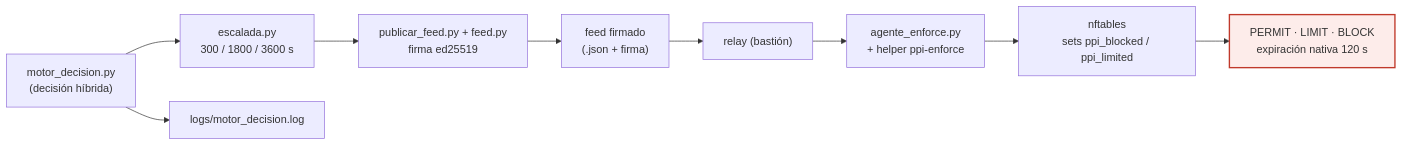
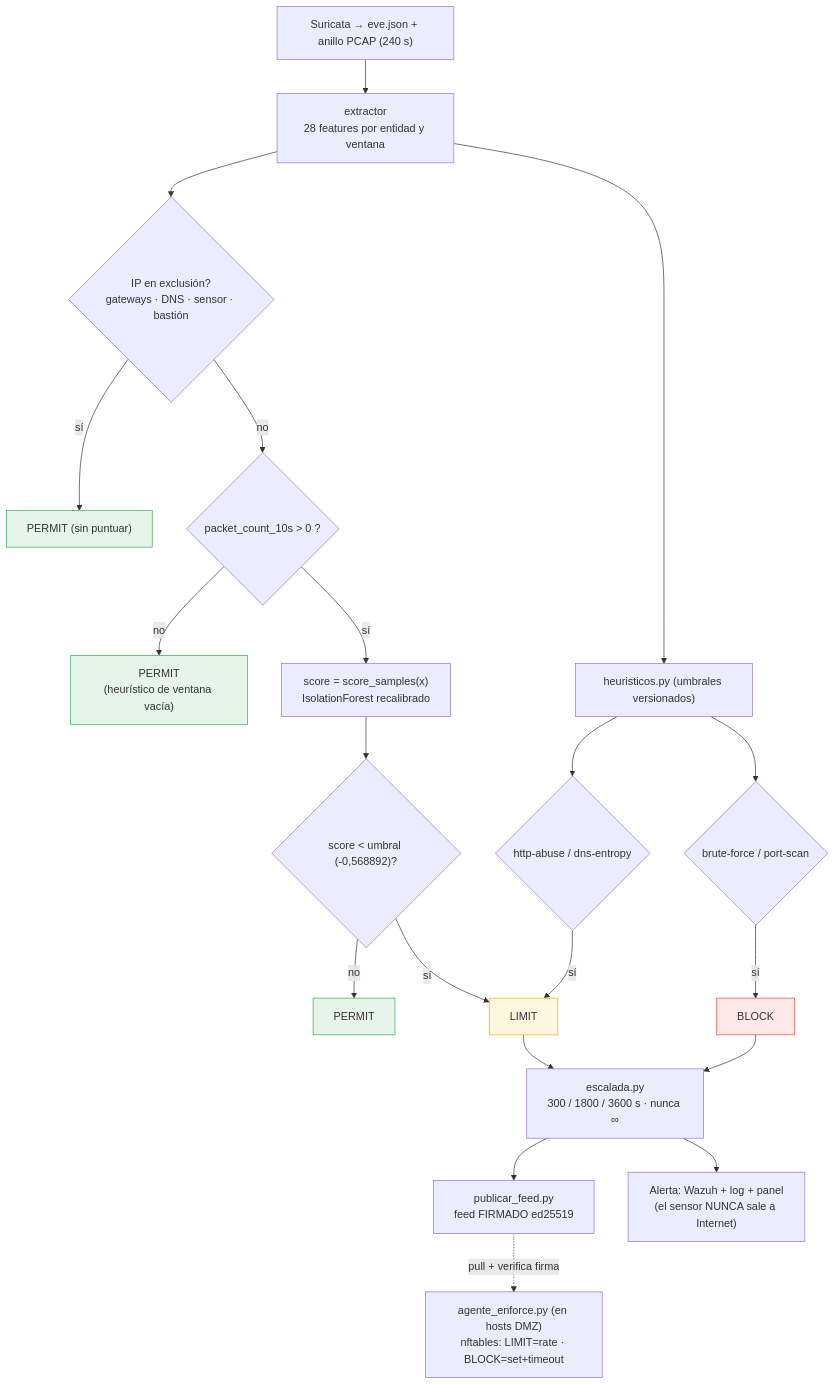
One commit to marksato13/VF-PPI-TESIS-ORQUESTACION changed the diagram in 02-metodologia/metodologia-7-fases/F5-respuesta-enforcement.md. Above: the diagram before and after it, drawn with Mermaid. The commit also changed other lines of this file and 6 other files, not shown here.

````diff
--- a/02-metodologia/metodologia-7-fases/F5-respuesta-enforcement.md
+++ b/02-metodologia/metodologia-7-fases/F5-respuesta-enforcement.md
@@ -10,14 +12,31 @@
 ```mermaid
-flowchart LR
-  DEC["motor_decision.py<br/>(decisión híbrida)"] --> ESC["escalada.py<br/>300 / 1800 / 3600 s"]
-  ESC --> PUB["publicar_feed.py + feed.py<br/>firma ed25519"]
-  PUB --> FEED["feed firmado<br/>(.json + firma)"]
-  FEED --> RELAY["relay (bastión)"]
-  RELAY --> AG["agente_enforce.py<br/>+ helper ppi-enforce"]
-  AG --> NFT["nftables<br/>sets ppi_blocked / ppi_limited"]
-  NFT --> ACT["PERMIT · LIMIT · BLOCK<br/>expiración nativa 120 s"]
-  DEC --> LOG["logs/motor_decision.log"]
+flowchart TD
+  A["Suricata → eve.json + anillo PCAP (240 s)"] --> B["extractor<br/>28 features por entidad y ventana"]
+  B --> C{"IP en exclusión?<br/>gateways · DNS · sensor · bastión"}
+  C -- sí --> P["PERMIT (sin puntuar)"]
+  C -- no --> D{"packet_count_10s > 0 ?"}
+  D -- no --> P2["PERMIT<br/>(heurístico de ventana vacía)"]
+  D -- sí --> E["score = score_samples(x)<br/>IsolationForest recalibrado"]
+  E --> F{"score &lt; umbral (-0,568892)?"}
+  F -- no --> G["PERMIT"]
+  F -- sí --> L["LIMIT"]
 
-  classDef aporte fill:#FDECEA,stroke:#C0392B,stroke-width:2px;
-  class ACT aporte;
+  B --> H["heuristicos.py (umbrales versionados)"]
+  H --> H1{"brute-force / port-scan"}
+  H1 -- sí --> BK["BLOCK"]
+  H --> H2{"http-abuse / dns-entropy"}
+  H2 -- sí --> L
+
+  L --> ESC["escalada.py<br/>300 / 1800 / 3600 s · nunca ∞"]
+  BK --> ESC
+  ESC --> FEED["publicar_feed.py<br/>feed FIRMADO ed25519"]
+  FEED -. "pull + verifica firma" .-> AG["agente_enforce.py (en hosts DMZ)<br/>nftables: LIMIT=rate · BLOCK=set+timeout"]
+  ESC --> AL["Alerta: Wazuh + log + panel<br/>(el sensor NUNCA sale a Internet)"]
+
+  classDef permit fill:#e6f4ea,stroke:#34a853;
+  classDef limit fill:#fef7e0,stroke:#f9ab00;
+  classDef block fill:#fce8e6,stroke:#ea4335;
+  class P,P2,G permit;
+  class L limit;
+  class BK block;
 ```
````
